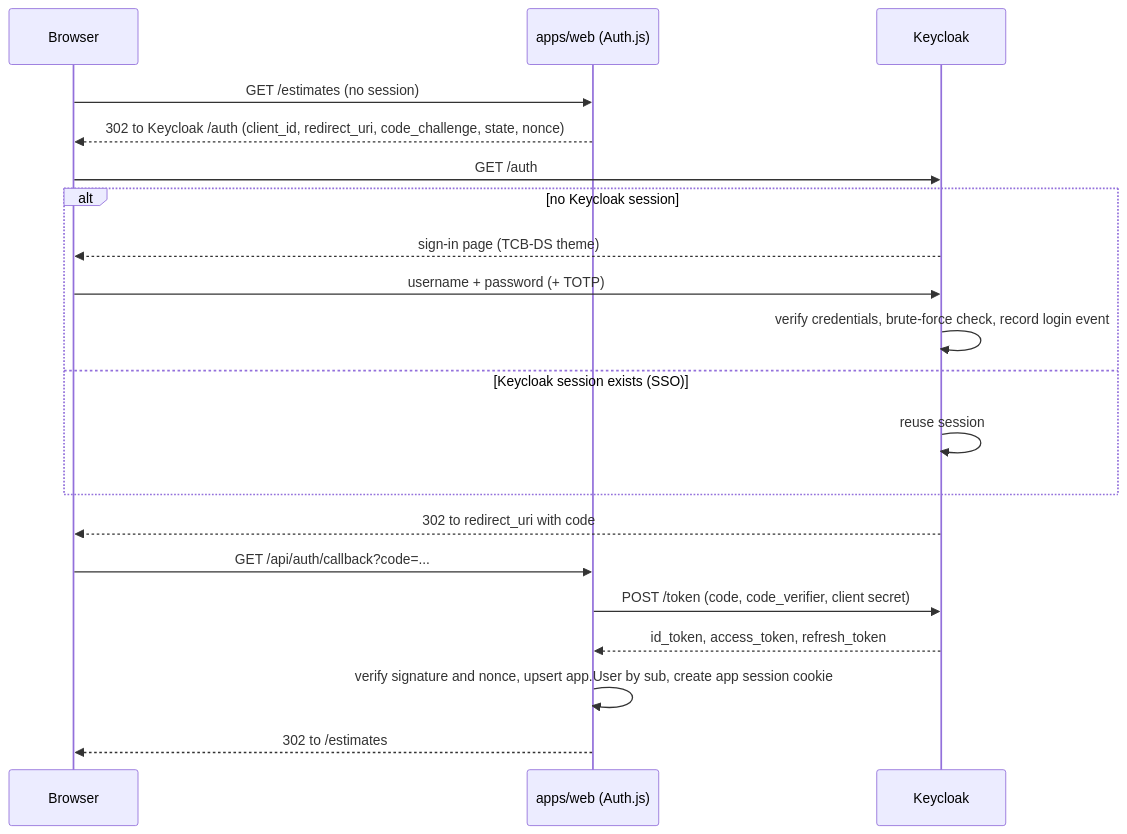
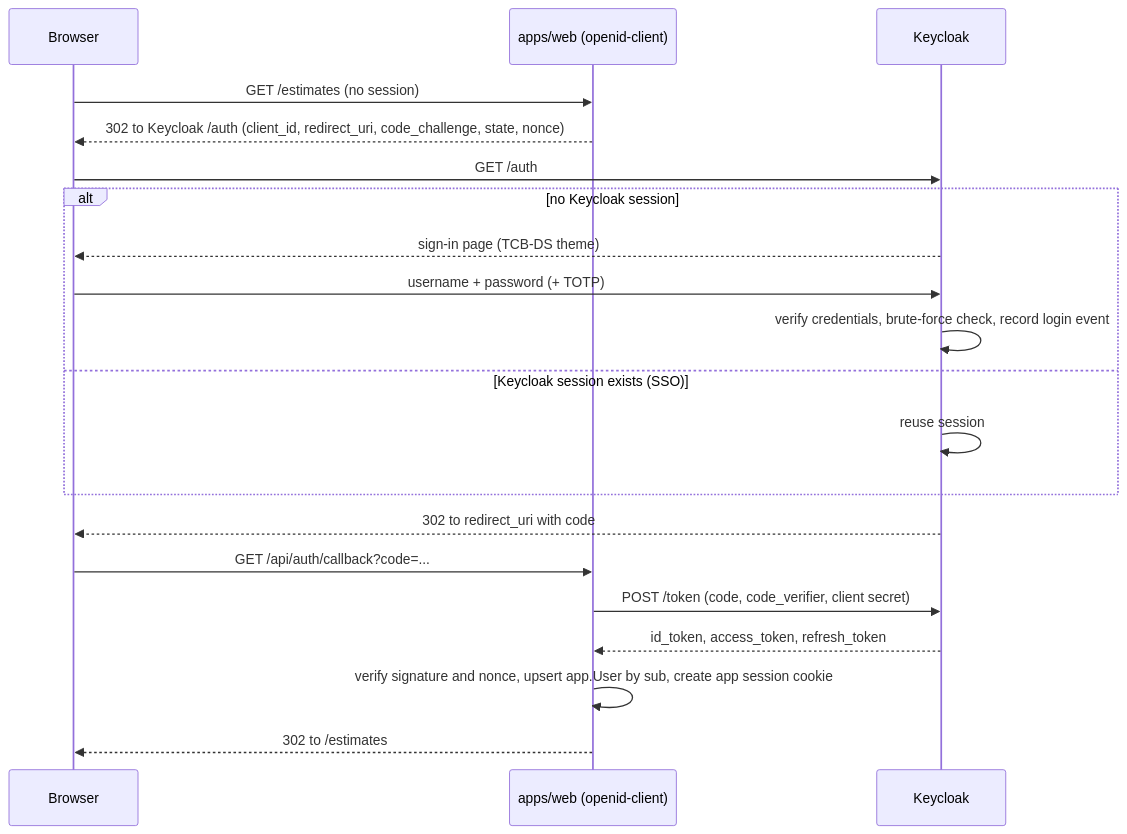
One commit to simbataisa/resource-planning changed the third of 3 diagrams in SIT_Sizing_Model_Solution_Design.md. Above: the diagram before and after it, drawn with Mermaid. The commit also changed other lines of this file and 51 other files, not shown here.

````diff
--- a/SIT_Sizing_Model_Solution_Design.md
+++ b/SIT_Sizing_Model_Solution_Design.md
@@ -698,22 +698,22 @@
 ```mermaid
 sequenceDiagram
   participant B as Browser
-  participant W as apps/web (Auth.js)
+  participant W as apps/web (openid-client)
   participant K as Keycloak
   B->>W: GET /estimates (no session)
   W-->>B: 302 to Keycloak /auth (client_id, redirect_uri, code_challenge, state, nonce)
   B->>K: GET /auth
   alt no Keycloak session
     K-->>B: sign-in page (TCB-DS theme)
     B->>K: username + password (+ TOTP)
     K->>K: verify credentials, brute-force check, record login event
   else Keycloak session exists (SSO)
     K->>K: reuse session
   end
   K-->>B: 302 to redirect_uri with code
   B->>W: GET /api/auth/callback?code=...
   W->>K: POST /token (code, code_verifier, client secret)
   K-->>W: id_token, access_token, refresh_token
   W->>W: verify signature and nonce, upsert app.User by sub, create app session cookie
   W-->>B: 302 to /estimates
 ```
````
